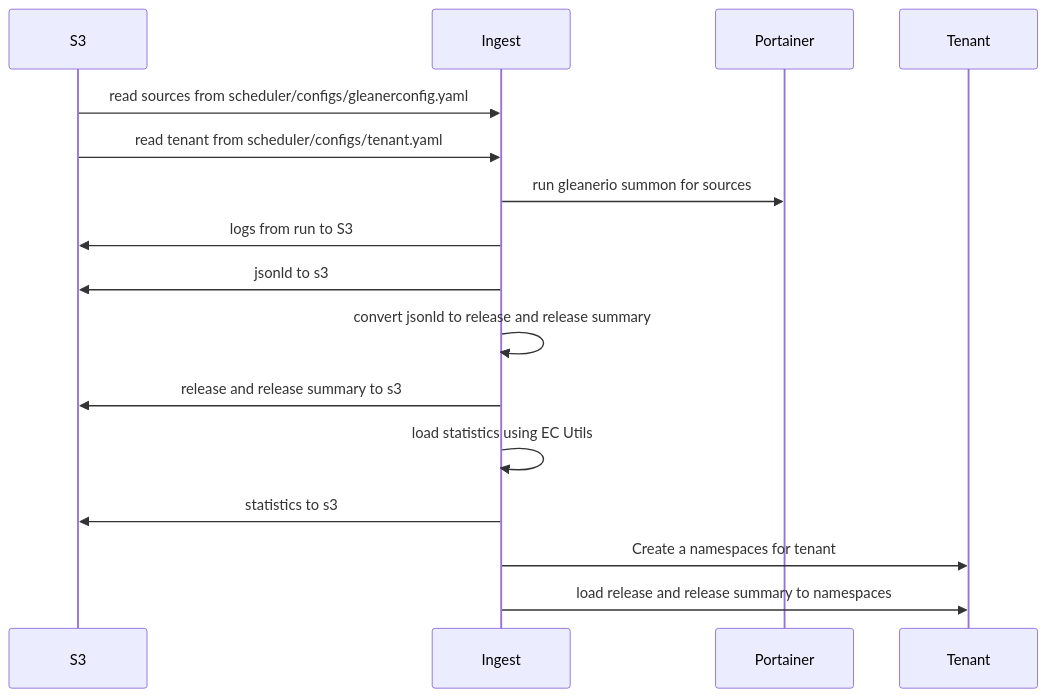
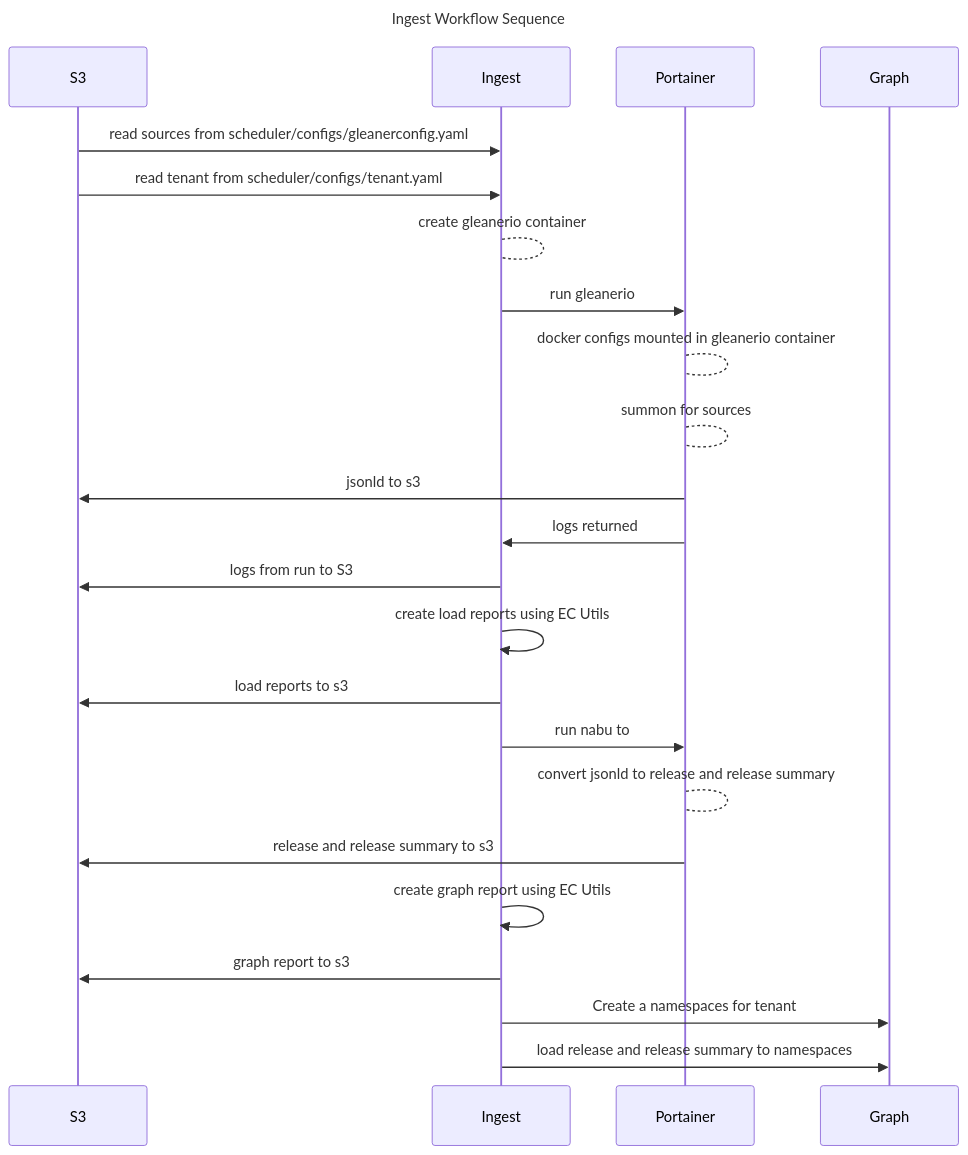
The second of 4 diagrams in docs/README.md (earthcube/scheduler), drawn with Mermaid before and after one commit. The commit also changed other lines of this file, not shown here.

Commit message:
try to create a build scheduler

````diff
--- a/docs/README.md
+++ b/docs/README.md
@@ -109,18 +108,28 @@
 ```mermaid
+---
+title: Ingest Workflow Sequence
+---
 sequenceDiagram
     participant S3
     participant Ingest
     participant Portainer
-    participant Tenant
+    participant Graph
     S3->>Ingest: read sources from scheduler/configs/gleanerconfig.yaml
     S3->>Ingest: read tenant from scheduler/configs/tenant.yaml
-    Ingest->>Portainer: run gleanerio summon for sources
+    Ingest-->Ingest: create gleanerio container
+    Ingest->>Portainer: run gleanerio 
+    Portainer-->Portainer: docker configs mounted in gleanerio container
+    Portainer-->Portainer: summon for sources
+    Portainer->>S3: jsonld  to s3
+    Portainer->>Ingest:  logs returned
     Ingest->>S3: logs from run to S3
-    Ingest->>S3: jsonld  to s3
-    Ingest->>Ingest: convert jsonld  to release and release summary
-    Ingest->>S3: release and release summary  to s3
-    Ingest->>Ingest: load statistics using EC Utils
-    Ingest->>S3: statistics  to s3
-    Ingest->>Tenant: Create a namespaces for tenant
-    Ingest->>Tenant: load release and release summary to namespaces
+    Ingest->>Ingest: create load reports using EC Utils
+    Ingest->>S3: load reports  to s3
+    Ingest->>Portainer: run nabu  to 
+    Portainer-->Portainer: convert jsonld  to release and release summary
+    Portainer->>S3: release and release summary  to s3
+    Ingest->>Ingest: create graph report using EC Utils
+    Ingest->>S3: graph report  to s3
+    Ingest->>Graph: Create a namespaces for tenant
+    Ingest->>Graph: load release and release summary to namespaces
 ```
````
